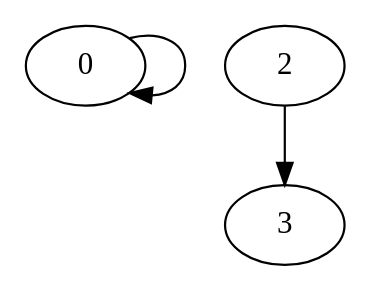
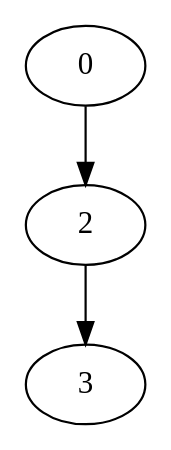
The diagram in src/systemtest/resources/mapFiles/2roadsSameName.dot (sleeepyskies/saarvive-selab23), drawn with Graphviz before and after one commit. The commit also changed 6 other files, not shown here.

```diff
--- a/src/systemtest/resources/mapFiles/2roadsSameName.dot
+++ b/src/systemtest/resources/mapFiles/2roadsSameName.dot
@@ -1,9 +1,9 @@
 digraph G {
 	0;
 	2;
 	3;
 
-	0 -> 0 [village=Cologne; name=Oak_Street; heightLimit=3; weight=10; primaryType=mainStreet; secondaryType=none;];
+	0 -> 2 [village=Cologne; name=Oak_Street; heightLimit=3; weight=10; primaryType=mainStreet; secondaryType=none;];
 	2 -> 3 [village=Cologne; name=Oak_Street; heightLimit=3; weight=11; primaryType=sideStreet; secondaryType=none;];
 
 }
```
